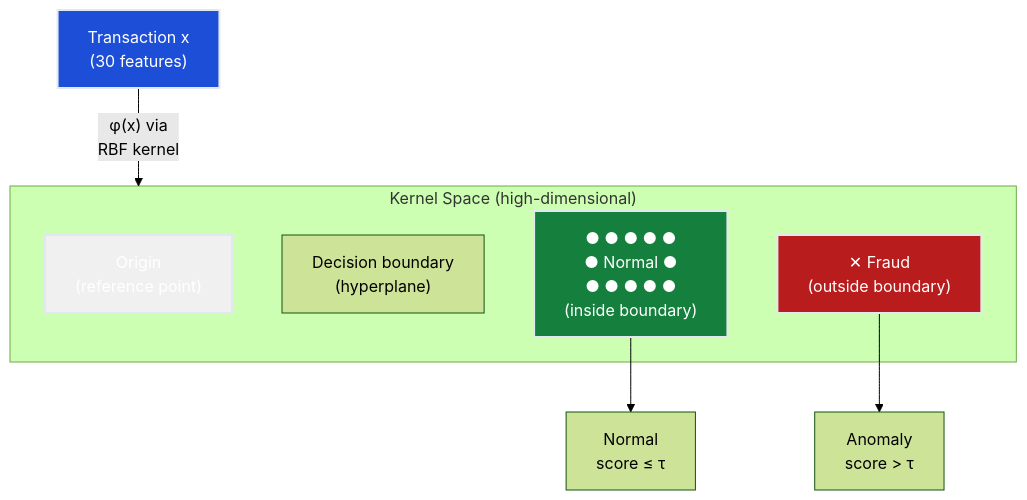
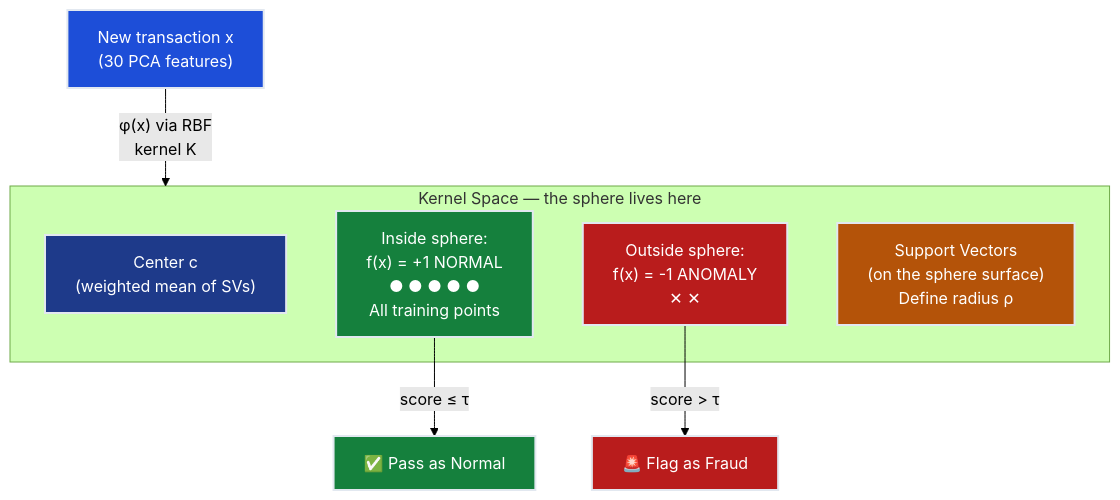
Before and after one commit to deepakshamsft/ai-portfolio: the second of 4 diagrams in notes/01-ml/05_anomaly_detection/ch04_one_class_svm/README.md, drawn with Mermaid (forest theme). The commit also changed other lines of this file and 727 other files, not shown here.

````diff
--- a/notes/01-ml/05_anomaly_detection/ch04_one_class_svm/README.md
+++ b/notes/01-ml/05_anomaly_detection/ch04_one_class_svm/README.md
@@ -184,18 +441,21 @@
 ```mermaid
 flowchart TD
-    subgraph KERNEL["Kernel Space (high-dimensional)"]
-        ORIGIN["Origin\n(reference point)"]
-        BOUNDARY["Decision boundary\n(hyperplane)"]
-        NORMAL["● ● ● ● ●\n● Normal ●\n● ● ● ● ●\n(inside boundary)"]
-        ANOMALY["✕ Fraud\n(outside boundary)"]
+    subgraph KERNEL["Kernel Space — the sphere lives here"]
+        CENTER["Center c\n(weighted mean of SVs)"]
+        SPHERE_INNER["Inside sphere:\nf(x) = +1  NORMAL\n● ● ● ● ●\nAll training points"]
+        SPHERE_OUTER["Outside sphere:\nf(x) = -1  ANOMALY\n✕  ✕"]
+        BOUNDARY["Support Vectors\n(on the sphere surface)\nDefine radius ρ"]
     end
 
-    INPUT["Transaction x\n(30 features)"] -->|"φ(x) via\nRBF kernel"| KERNEL
-    ANOMALY --> FLAG["Anomaly\nscore > τ"]
-    NORMAL --> PASS["Normal\nscore ≤ τ"]
+    TX["New transaction x\n(30 PCA features)"] -->|"φ(x) via RBF\nkernel K"| KERNEL
+    SPHERE_OUTER -->|"score > τ"| FLAG["🚨 Flag as Fraud"]
+    SPHERE_INNER -->|"score ≤ τ"| PASS["✅ Pass as Normal"]
 
-    style ORIGIN fill:#f0f0f0,stroke:#e2e8f0,stroke-width:2px,color:#ffffff
-    style NORMAL fill:#15803d,stroke:#e2e8f0,stroke-width:2px,color:#ffffff
-    style ANOMALY fill:#b91c1c,stroke:#e2e8f0,stroke-width:2px,color:#ffffff
-    style INPUT fill:#1d4ed8,stroke:#e2e8f0,stroke-width:2px,color:#ffffff
+    style CENTER fill:#1e3a8a,stroke:#e2e8f0,stroke-width:2px,color:#ffffff
+    style SPHERE_INNER fill:#15803d,stroke:#e2e8f0,stroke-width:2px,color:#ffffff
+    style SPHERE_OUTER fill:#b91c1c,stroke:#e2e8f0,stroke-width:2px,color:#ffffff
+    style BOUNDARY fill:#b45309,stroke:#e2e8f0,stroke-width:2px,color:#ffffff
+    style TX fill:#1d4ed8,stroke:#e2e8f0,stroke-width:2px,color:#ffffff
+    style FLAG fill:#b91c1c,stroke:#e2e8f0,stroke-width:2px,color:#ffffff
+    style PASS fill:#15803d,stroke:#e2e8f0,stroke-width:2px,color:#ffffff
 ```
````
